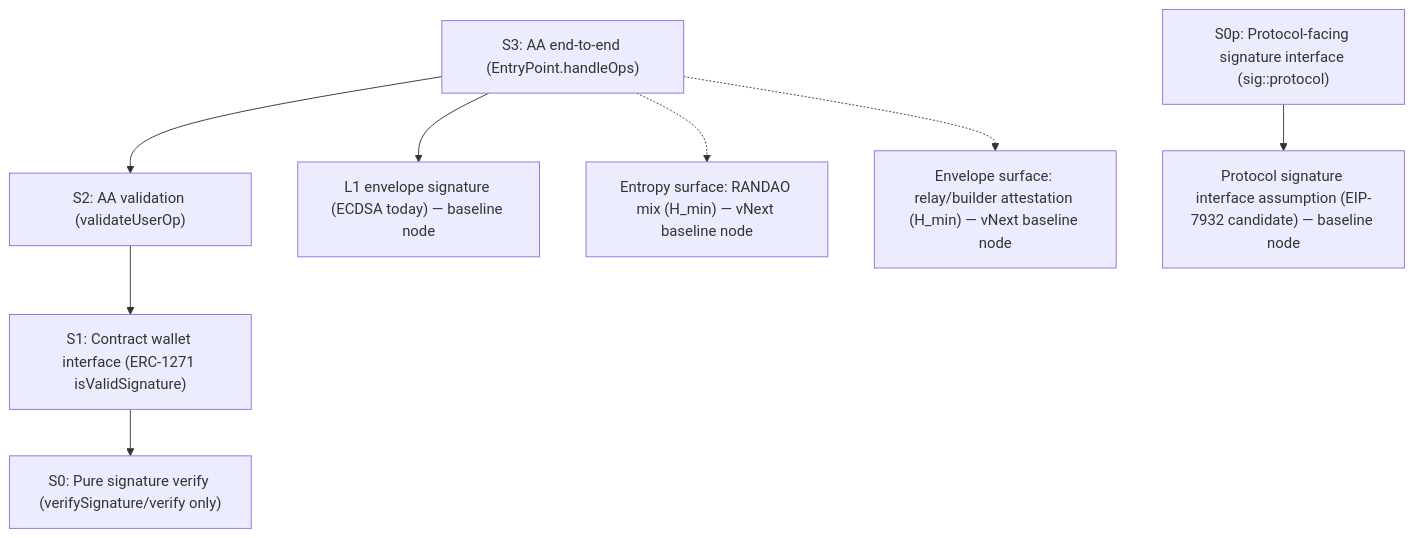
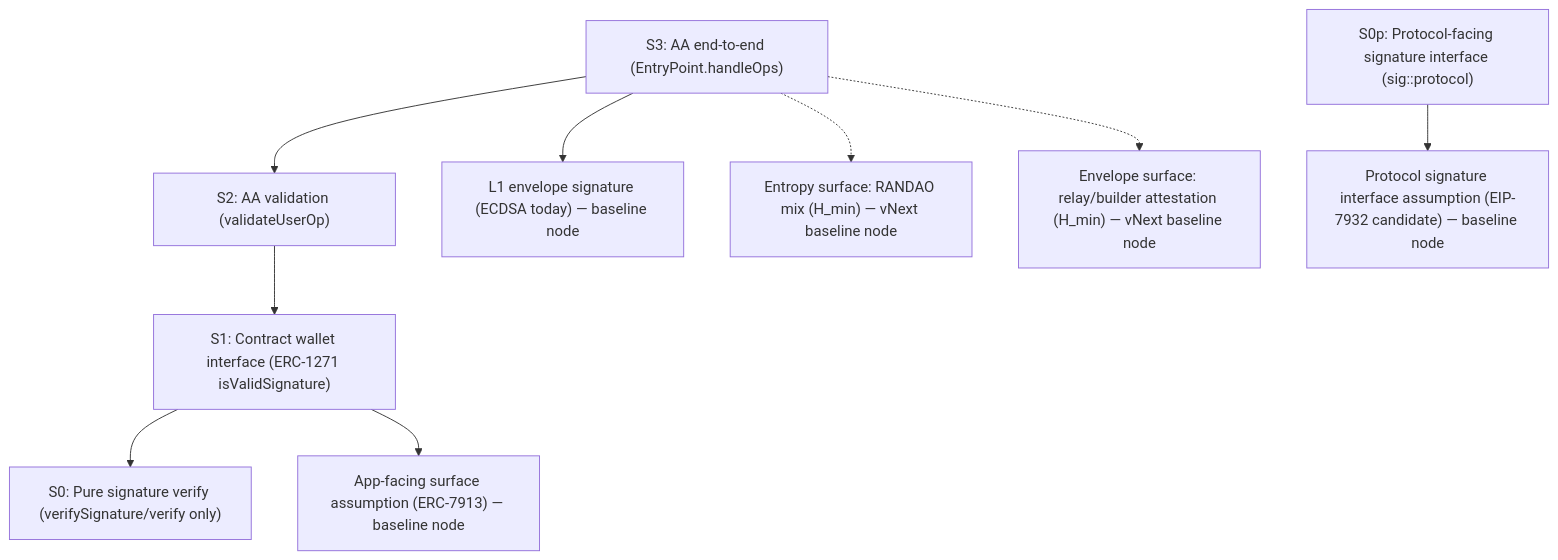
One commit to pipavlo82/gas-per-secure-bit changed the first of 2 diagrams in spec/case_graph.md. Above: the diagram before and after it, drawn with Mermaid. The commit also changed other lines of this file, not shown here.

````diff
--- a/spec/case_graph.md
+++ b/spec/case_graph.md
@@ -134,26 +147,30 @@
 ```mermaid
 graph TD
   S3["S3: AA end-to-end (EntryPoint.handleOps)"]
   S2["S2: AA validation (validateUserOp)"]
   S1["S1: Contract wallet interface (ERC-1271 isValidSignature)"]
   S0["S0: Pure signature verify (verifySignature/verify only)"]
   S0p["S0p: Protocol-facing signature interface (sig::protocol)"]
 
   ENV["L1 envelope signature (ECDSA today) — baseline node"]
   SIGPROTO["Protocol signature interface assumption (EIP-7932 candidate) — baseline node"]
+  APP7913["App-facing surface assumption (ERC-7913) — baseline node"]
   RANDAO["Entropy surface: RANDAO mix (H_min) — vNext baseline node"]
   RELAY["Envelope surface: relay/builder attestation (H_min) — vNext baseline node"]
 
   S3 --> S2
   S2 --> S1
   S1 --> S0
 
   S3 --> ENV
 
+  %% App-facing path (ERC-7913 adapter)
+  S1 --> APP7913
+
   %% Protocol-facing path
   S0p --> SIGPROTO
 
   %% vNext envelope/entropy surfaces (optional dependencies)
   S3 -.-> RANDAO
   S3 -.-> RELAY
 ```
````
